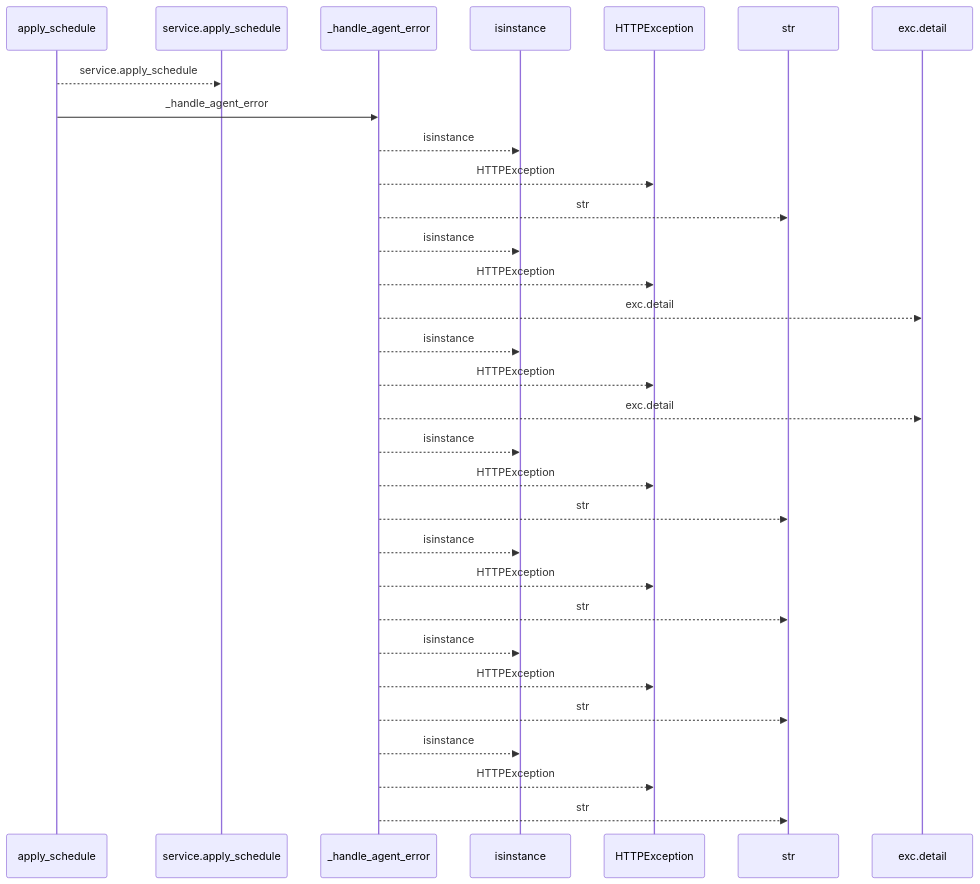
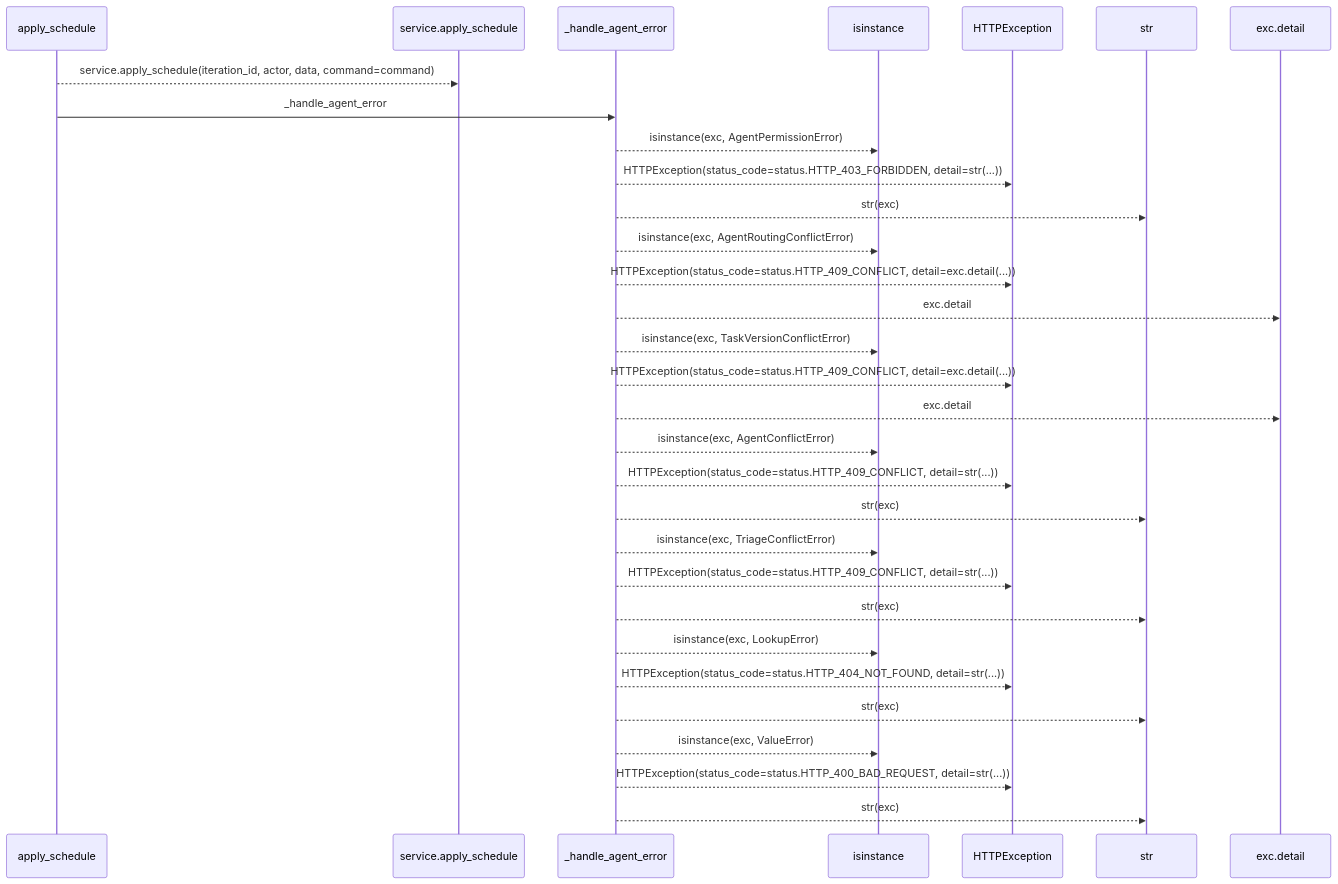
Before and after one commit to Denissvgn/WorkChord: the first of 2 diagrams in docs/llm_wiki/flows/http-apply_schedule.md, drawn with Mermaid. The commit also changed other lines of this file and 25171 other files, not shown here.

````diff
--- a/docs/llm_wiki/flows/http-apply_schedule.md
+++ b/docs/llm_wiki/flows/http-apply_schedule.md
@@ -10,33 +12,33 @@
 ```mermaid
 sequenceDiagram
     participant p0 as apply_schedule
     participant p1 as service.apply_schedule
     participant p2 as _handle_agent_error
     participant p3 as isinstance
     participant p4 as HTTPException
     participant p5 as str
     participant p6 as exc.detail
-    p0-->>p1: service.apply_schedule
+    p0-->>p1: service.apply_schedule(iteration_id, actor, data, command=command)
     p0->>p2: _handle_agent_error
-    p2-->>p3: isinstance
-    p2-->>p4: HTTPException
-    p2-->>p5: str
-    p2-->>p3: isinstance
-    p2-->>p4: HTTPException
+    p2-->>p3: isinstance(exc, AgentPermissionError)
+    p2-->>p4: HTTPException(status_code=status.HTTP_403_FORBIDDEN, detail=str(...))
+    p2-->>p5: str(exc)
+    p2-->>p3: isinstance(exc, AgentRoutingConflictError)
+    p2-->>p4: HTTPException(status_code=status.HTTP_409_CONFLICT, detail=exc.detail(...))
     p2-->>p6: exc.detail
-    p2-->>p3: isinstance
-    p2-->>p4: HTTPException
+    p2-->>p3: isinstance(exc, TaskVersionConflictError)
+    p2-->>p4: HTTPException(status_code=status.HTTP_409_CONFLICT, detail=exc.detail(...))
     p2-->>p6: exc.detail
-    p2-->>p3: isinstance
-    p2-->>p4: HTTPException
-    p2-->>p5: str
-    p2-->>p3: isinstance
-    p2-->>p4: HTTPException
-    p2-->>p5: str
-    p2-->>p3: isinstance
-    p2-->>p4: HTTPException
-    p2-->>p5: str
-    p2-->>p3: isinstance
-    p2-->>p4: HTTPException
-    p2-->>p5: str
+    p2-->>p3: isinstance(exc, AgentConflictError)
+    p2-->>p4: HTTPException(status_code=status.HTTP_409_CONFLICT, detail=str(...))
+    p2-->>p5: str(exc)
+    p2-->>p3: isinstance(exc, TriageConflictError)
+    p2-->>p4: HTTPException(status_code=status.HTTP_409_CONFLICT, detail=str(...))
+    p2-->>p5: str(exc)
+    p2-->>p3: isinstance(exc, LookupError)
+    p2-->>p4: HTTPException(status_code=status.HTTP_404_NOT_FOUND, detail=str(...))
+    p2-->>p5: str(exc)
+    p2-->>p3: isinstance(exc, ValueError)
+    p2-->>p4: HTTPException(status_code=status.HTTP_400_BAD_REQUEST, detail=str(...))
+    p2-->>p5: str(exc)
 ```
````
